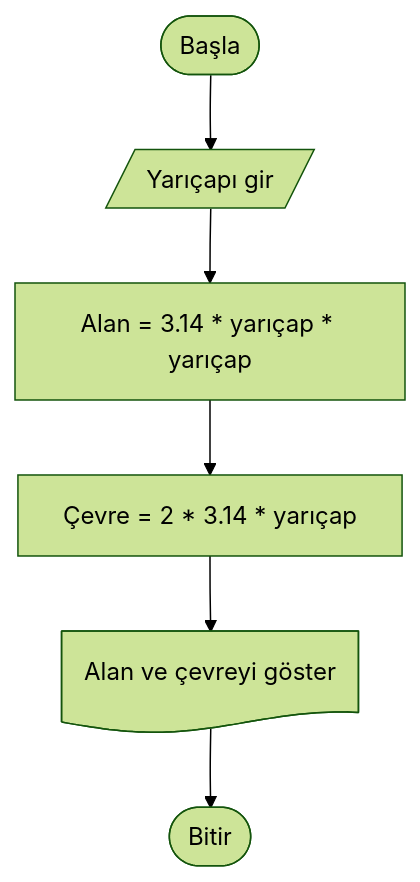
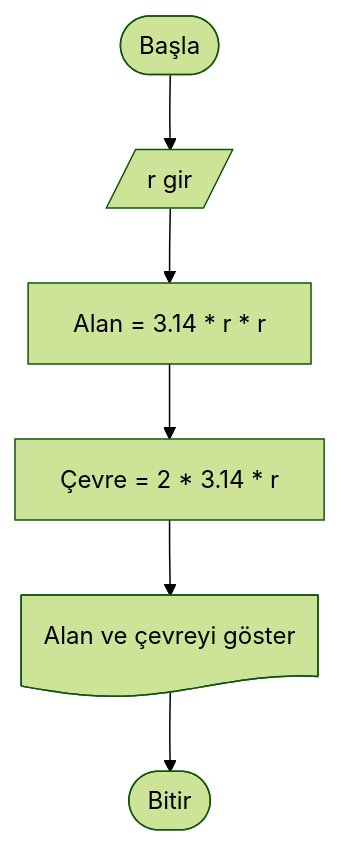
One commit to ibrahimayaz/Algoritma-ve-Programlamaya-Giris changed the fifth of 10 diagrams in Hafta_04_Akis_Diyagramlari_1.md. Above: the diagram before and after it, drawn with Mermaid (forest theme). The commit also changed other lines of this file, not shown here.

Commit message:
Hafta04 guncellendi

````diff
--- a/Hafta_04_Akis_Diyagramlari_1.md
+++ b/Hafta_04_Akis_Diyagramlari_1.md
@@ -144,8 +144,8 @@
 ```mermaid
 graph TD
-    A([Başla]) --> B[/Yarıçapı gir/]
-    B --> C[Alan = 3.14 * yarıçap * yarıçap]
-    C --> D[Çevre = 2 * 3.14 * yarıçap]
+    A([Başla]) --> B[/r gir/]
+    B --> C[Alan = 3.14 * r * r]
+    C --> D[Çevre = 2 * 3.14 * r]
     D --> E@{ shape: doc, label: "Alan ve çevreyi göster" }
     E --> F([Bitir])
 ```
````
